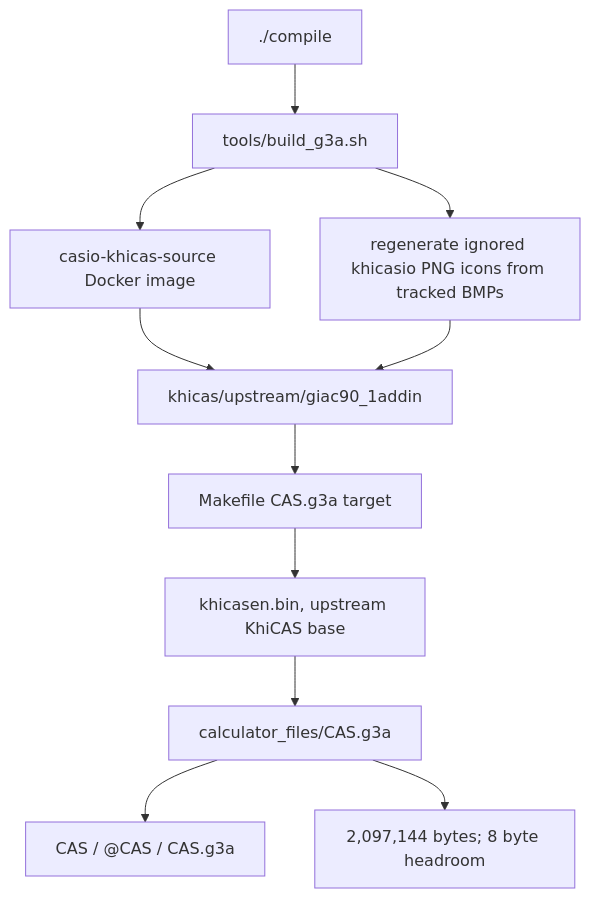
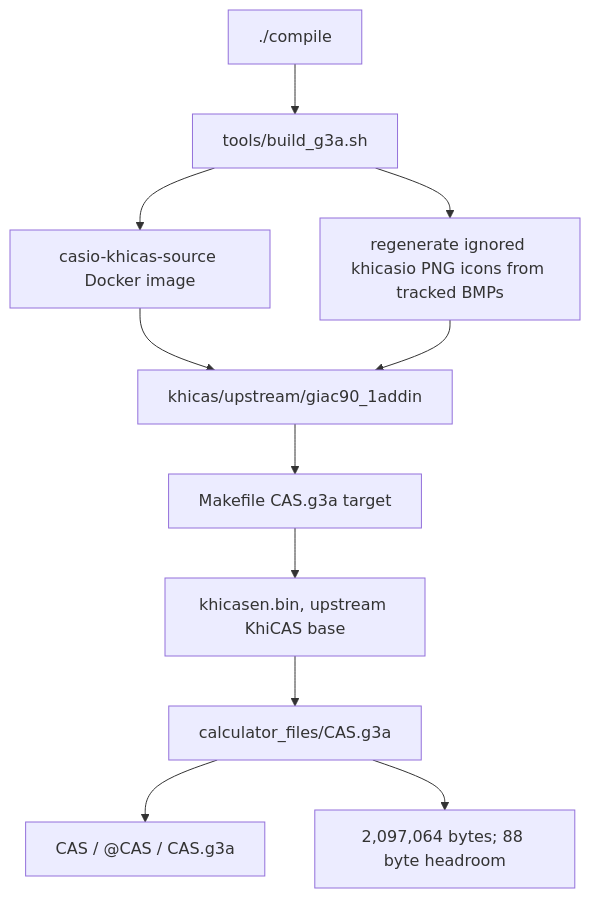
One commit to james8464/notes-addin-casio-fx-cg50 changed the first of 6 diagrams in docs/GRAPH.md. Above: the diagram before and after it, drawn with Mermaid. The commit also changed other lines of this file and 4 other files, not shown here.

````diff
--- a/docs/GRAPH.md
+++ b/docs/GRAPH.md
@@ -7,13 +7,13 @@
 ```mermaid
 graph TD
   Compile["./compile"] --> Build["tools/build_g3a.sh"]
   Build --> Docker["casio-khicas-source Docker image"]
   Docker --> Src["khicas/upstream/giac90_1addin"]
   Build --> Icons["regenerate ignored khicasio PNG icons from tracked BMPs"]
   Icons --> Src
   Src --> Make["Makefile CAS.g3a target"]
   Make --> Bin["khicasen.bin, upstream KhiCAS base"]
   Bin --> G3A["calculator_files/CAS.g3a"]
   G3A --> Meta["CAS / @CAS / CAS.g3a"]
-  G3A --> Size["2,097,144 bytes; 8 byte headroom"]
+  G3A --> Size["2,097,064 bytes; 88 byte headroom"]
 ```
````
